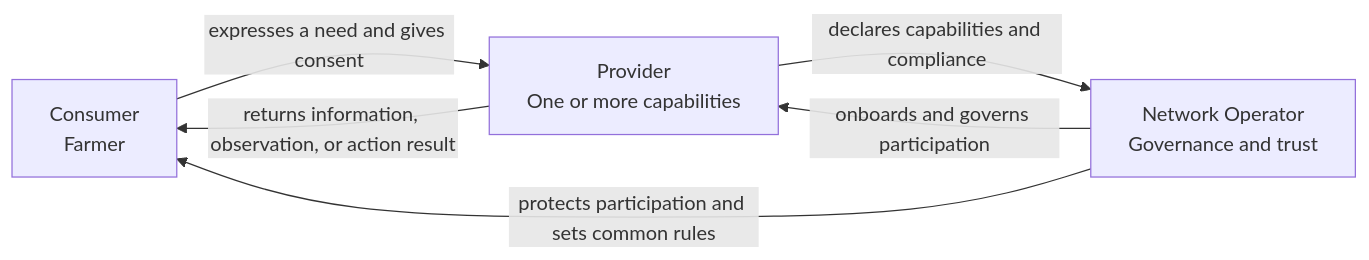
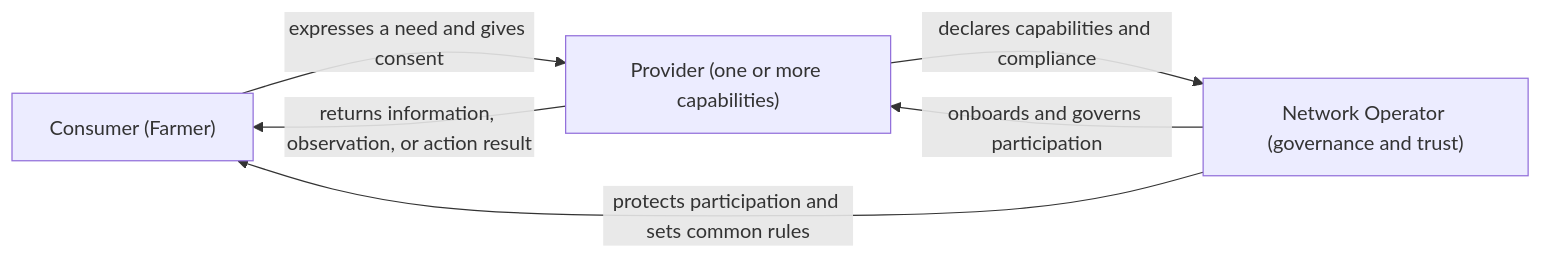
Before and after one commit to manjudr/documents: the first of 8 diagrams in PROPOSED_ARCHITECTURE.md, drawn with Mermaid. The commit also changed other lines of this file and 1 other file, not shown here.

Commit message:
docs: make proposed Mermaid labels GitHub-safe

````diff
--- a/PROPOSED_ARCHITECTURE.md
+++ b/PROPOSED_ARCHITECTURE.md
@@ -29,8 +29,8 @@
 ```mermaid
 flowchart LR
-  C["Consumer<br/>Farmer"] -->|"expresses a need and gives consent"| P["Provider<br/>One or more capabilities"]
+  C["Consumer (Farmer)"] -->|"expresses a need and gives consent"| P["Provider (one or more capabilities)"]
   P -->|"returns information, observation, or action result"| C
-  P -->|"declares capabilities and compliance"| O["Network Operator<br/>Governance and trust"]
+  P -->|"declares capabilities and compliance"| O["Network Operator (governance and trust)"]
   O -->|"onboards and governs participation"| P
   O -->|"protects participation and sets common rules"| C
 ```
````
